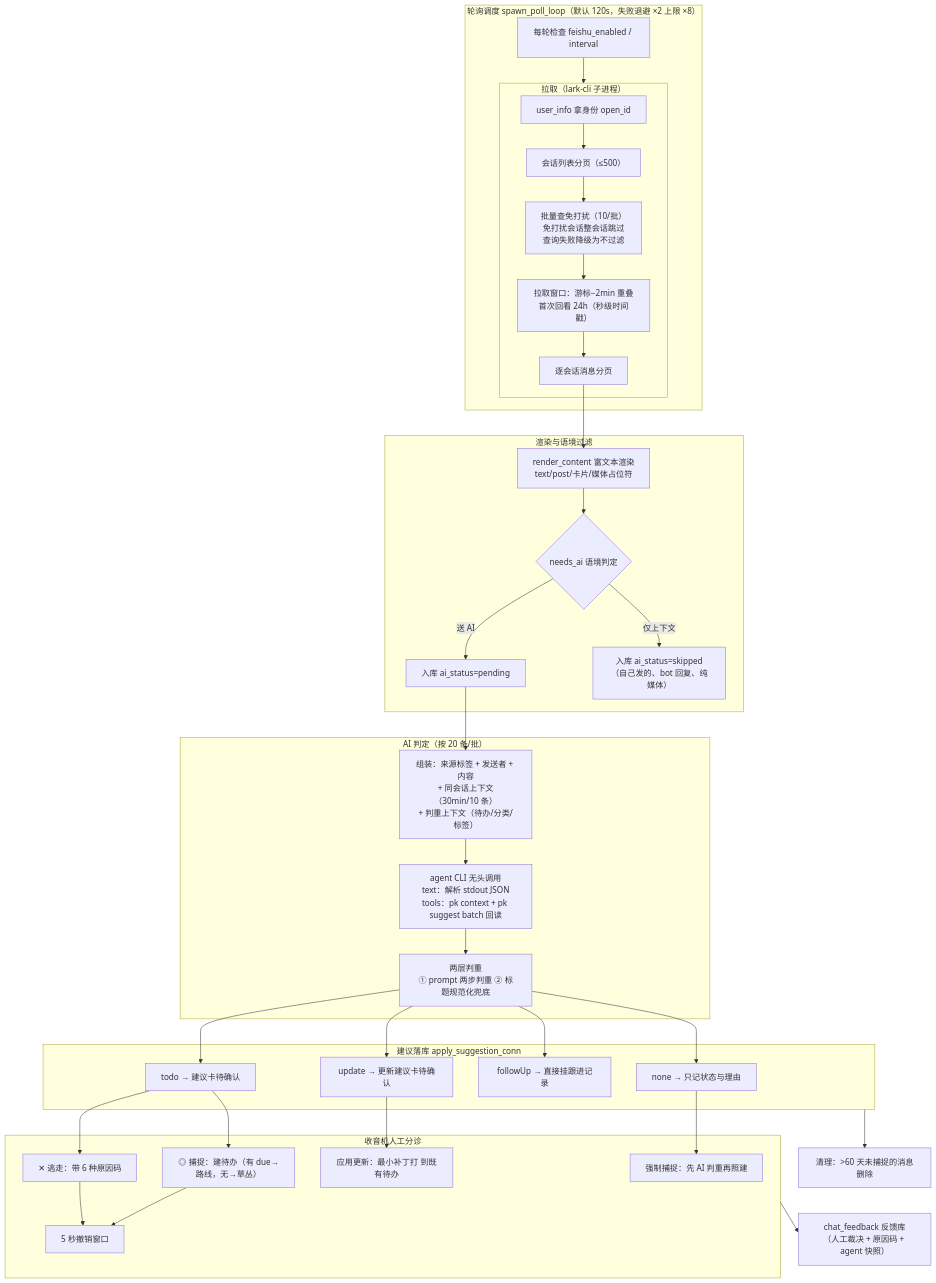
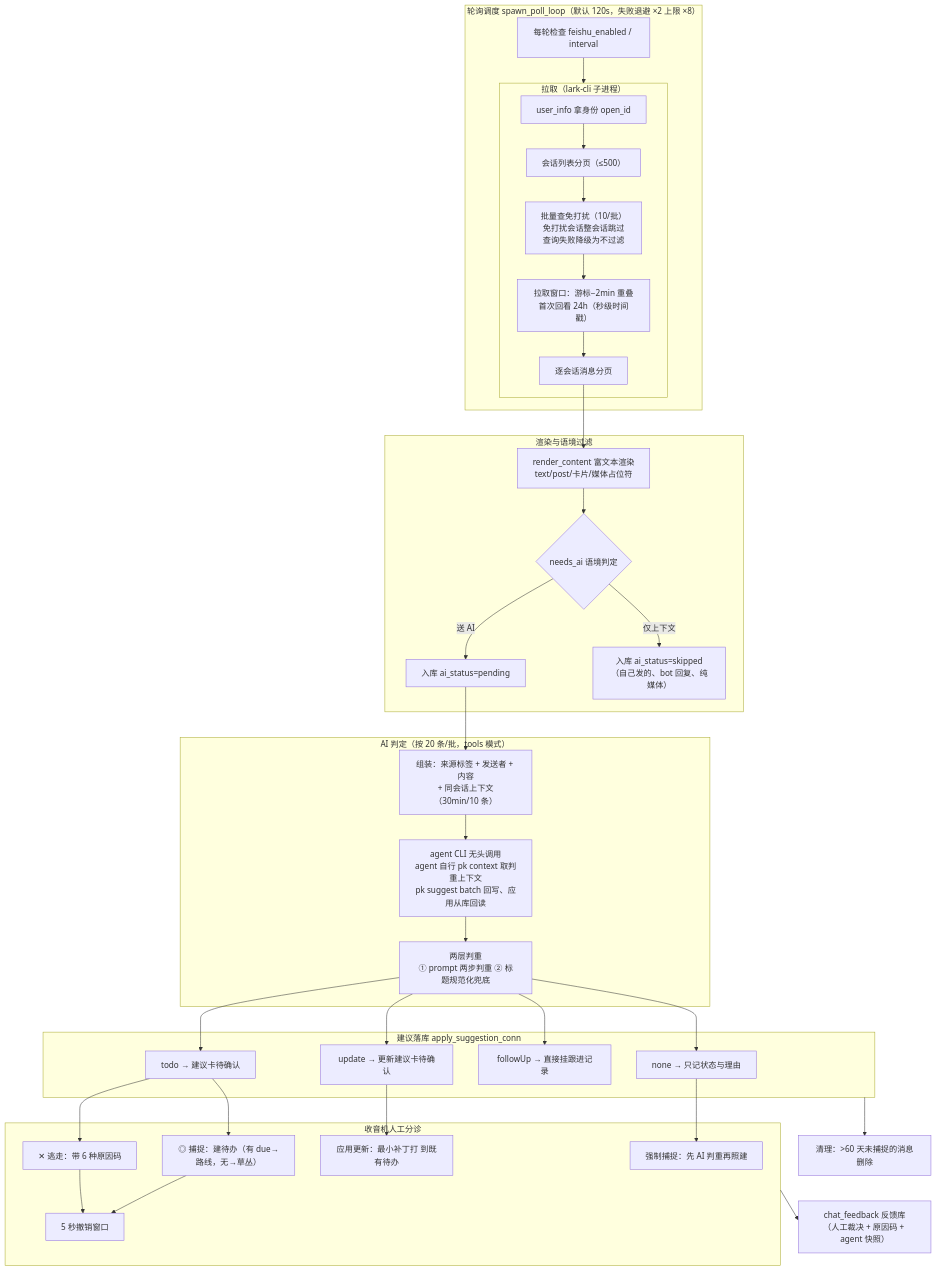
One commit to Jo0OCTsai/pokemon-choose-you changed the first of 4 diagrams in docs/proposals/FEISHU_MESSAGE_ANALYSIS.md. Above: the diagram before and after it, drawn with Mermaid. The commit also changed other lines of this file and 16 other files, not shown here.

````diff
--- a/docs/proposals/FEISHU_MESSAGE_ANALYSIS.md
+++ b/docs/proposals/FEISHU_MESSAGE_ANALYSIS.md
@@ -26,44 +26,44 @@
 ```mermaid
 flowchart TD
     subgraph POLL["轮询调度 spawn_poll_loop（默认 120s，失败退避 ×2 上限 ×8）"]
         TICK["每轮检查 feishu_enabled / interval"] --> PULL
     end
 
     subgraph PULL["拉取（lark-cli 子进程）"]
         ID["user_info 拿身份 open_id"] --> CHATS["会话列表分页（≤500）"]
         CHATS --> MUTE["批量查免打扰（10/批）<br/>免打扰会话整会话跳过<br/>查询失败降级为不过滤"]
         MUTE --> WIN["拉取窗口：游标−2min 重叠<br/>首次回看 24h（秒级时间戳）"]
         WIN --> MSGS["逐会话消息分页"]
     end
 
     subgraph PREP["渲染与语境过滤"]
         MSGS --> RENDER["render_content 富文本渲染<br/>text/post/卡片/媒体占位符"]
         RENDER --> GATE{"needs_ai 语境判定"}
         GATE -- 送 AI --> INS_P["入库 ai_status=pending"]
         GATE -- 仅上下文 --> INS_S["入库 ai_status=skipped<br/>（自己发的、bot 回复、纯媒体）"]
     end
 
-    subgraph AI["AI 判定（按 20 条/批）"]
-        INS_P --> CTX["组装：来源标签 + 发送者 + 内容<br/>+ 同会话上下文（30min/10 条）<br/>+ 判重上下文（待办/分类/标签）"]
-        CTX --> AGENT["agent CLI 无头调用<br/>text：解析 stdout JSON<br/>tools：pk context + pk suggest batch 回读"]
+    subgraph AI["AI 判定（按 20 条/批，tools 模式）"]
+        INS_P --> CTX["组装：来源标签 + 发送者 + 内容<br/>+ 同会话上下文（30min/10 条）"]
+        CTX --> AGENT["agent CLI 无头调用<br/>agent 自行 pk context 取判重上下文<br/>pk suggest batch 回写、应用从库回读"]
         AGENT --> DEDUP["两层判重<br/>① prompt 两步判重 ② 标题规范化兜底"]
     end
 
     subgraph APPLY["建议落库 apply_suggestion_conn"]
         DEDUP --> TODO["todo → 建议卡待确认"]
         DEDUP --> UPD["update → 更新建议卡待确认"]
         DEDUP --> FUP["followUp → 直接挂跟进记录"]
         DEDUP --> NONE["none → 只记状态与理由"]
     end
 
     subgraph HUMAN["收音机人工分诊"]
         TODO --> CAP["◎ 捕捉：建待办（有 due→路线，无→草丛）"]
         TODO --> ESC["✕ 逃走：带 6 种原因码"]
         UPD --> APP["应用更新：最小补丁打 到既有待办"]
         CAP & ESC --> UNDO["5 秒撤销窗口"]
         NONE --> FORCE["强制捕捉：先 AI 判重再照建"]
     end
 
     HUMAN --> FB["chat_feedback 反馈库<br/>（人工裁决 + 原因码 + agent 快照）"]
     APPLY --> CLEAN["清理：>60 天未捕捉的消息删除"]
 ```
````
